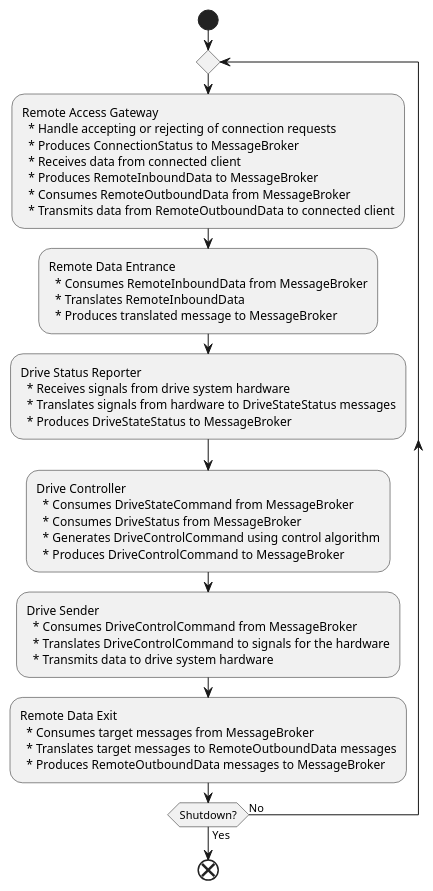
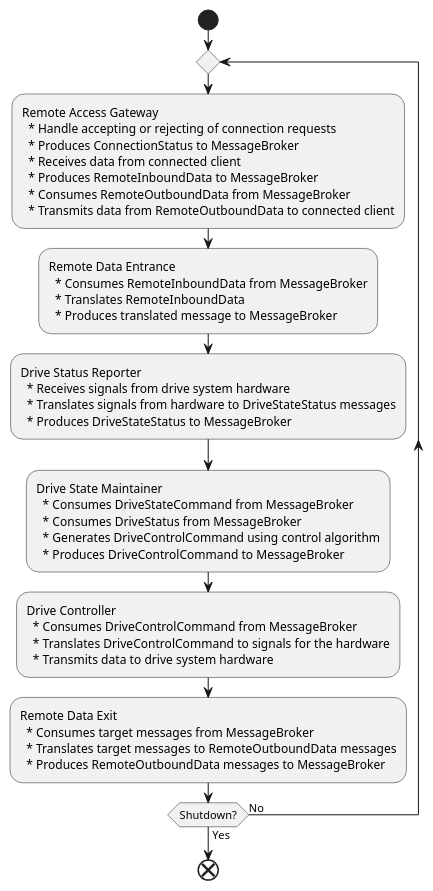
One commit to The-Arkitekt/the-robot changed the diagram in design/service-flow.puml. Above: the diagram before and after it, drawn with PlantUML. The commit also changed 24 other files, not shown here.

```diff
--- a/design/service-flow.puml
+++ b/design/service-flow.puml
@@ -1,44 +1,44 @@
 @startuml
 
 start
 
 repeat
 :Remote Access Gateway
   * Handle accepting or rejecting of connection requests
   * Produces ConnectionStatus to MessageBroker
   * Receives data from connected client
   * Produces RemoteInboundData to MessageBroker
   * Consumes RemoteOutboundData from MessageBroker
   * Transmits data from RemoteOutboundData to connected client; 
 
 :Remote Data Entrance
   * Consumes RemoteInboundData from MessageBroker
   * Translates RemoteInboundData
   * Produces translated message to MessageBroker;
 
 :Drive Status Reporter
   * Receives signals from drive system hardware
   * Translates signals from hardware to DriveStateStatus messages
   * Produces DriveStateStatus to MessageBroker;
 
-:Drive Controller
+:Drive State Maintainer
   * Consumes DriveStateCommand from MessageBroker
   * Consumes DriveStatus from MessageBroker
   * Generates DriveControlCommand using control algorithm
   * Produces DriveControlCommand to MessageBroker;
 
-:Drive Sender
+:Drive Controller
   * Consumes DriveControlCommand from MessageBroker
   * Translates DriveControlCommand to signals for the hardware
   * Transmits data to drive system hardware;
 
 :Remote Data Exit
   * Consumes target messages from MessageBroker
   * Translates target messages to RemoteOutboundData messages
   * Produces RemoteOutboundData messages to MessageBroker;
 
 repeat while (Shutdown?) is (No) not (Yes)
 
 end
 
 @enduml
```
